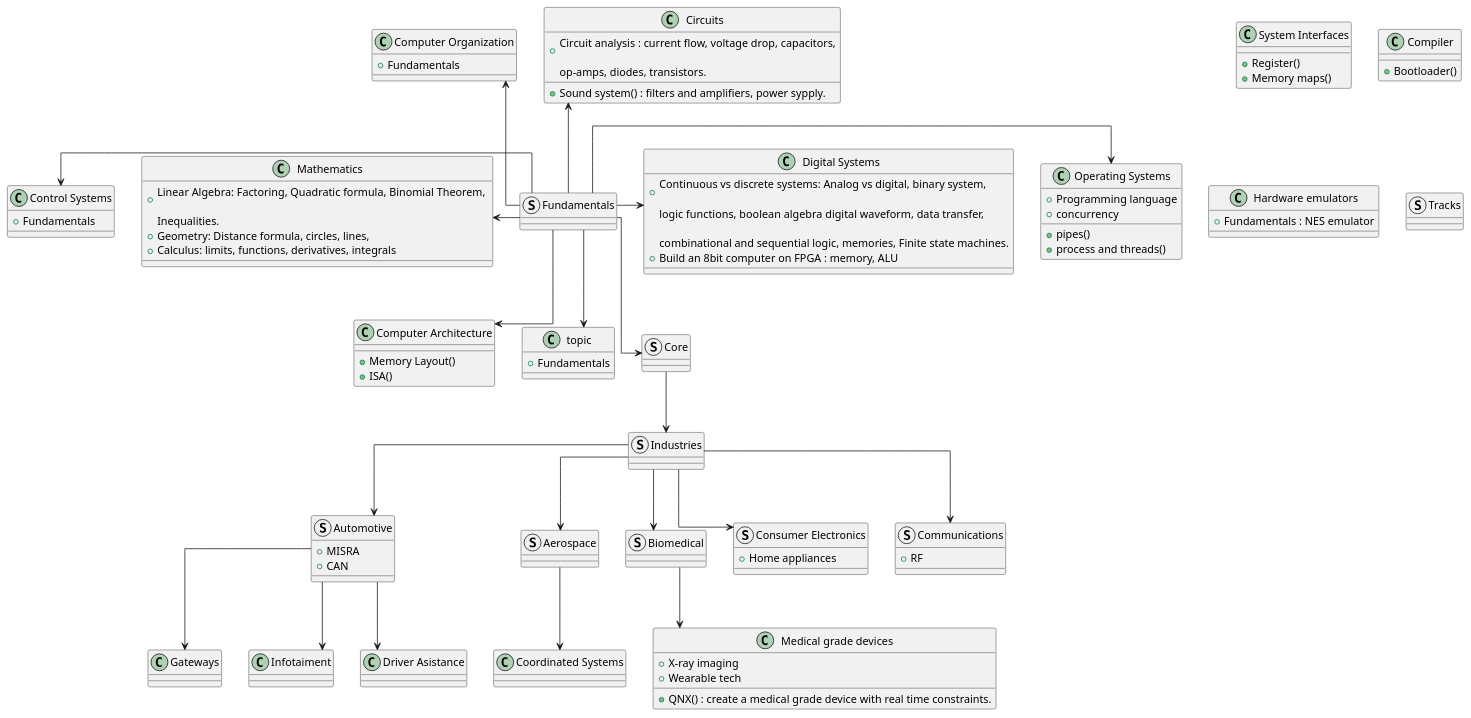
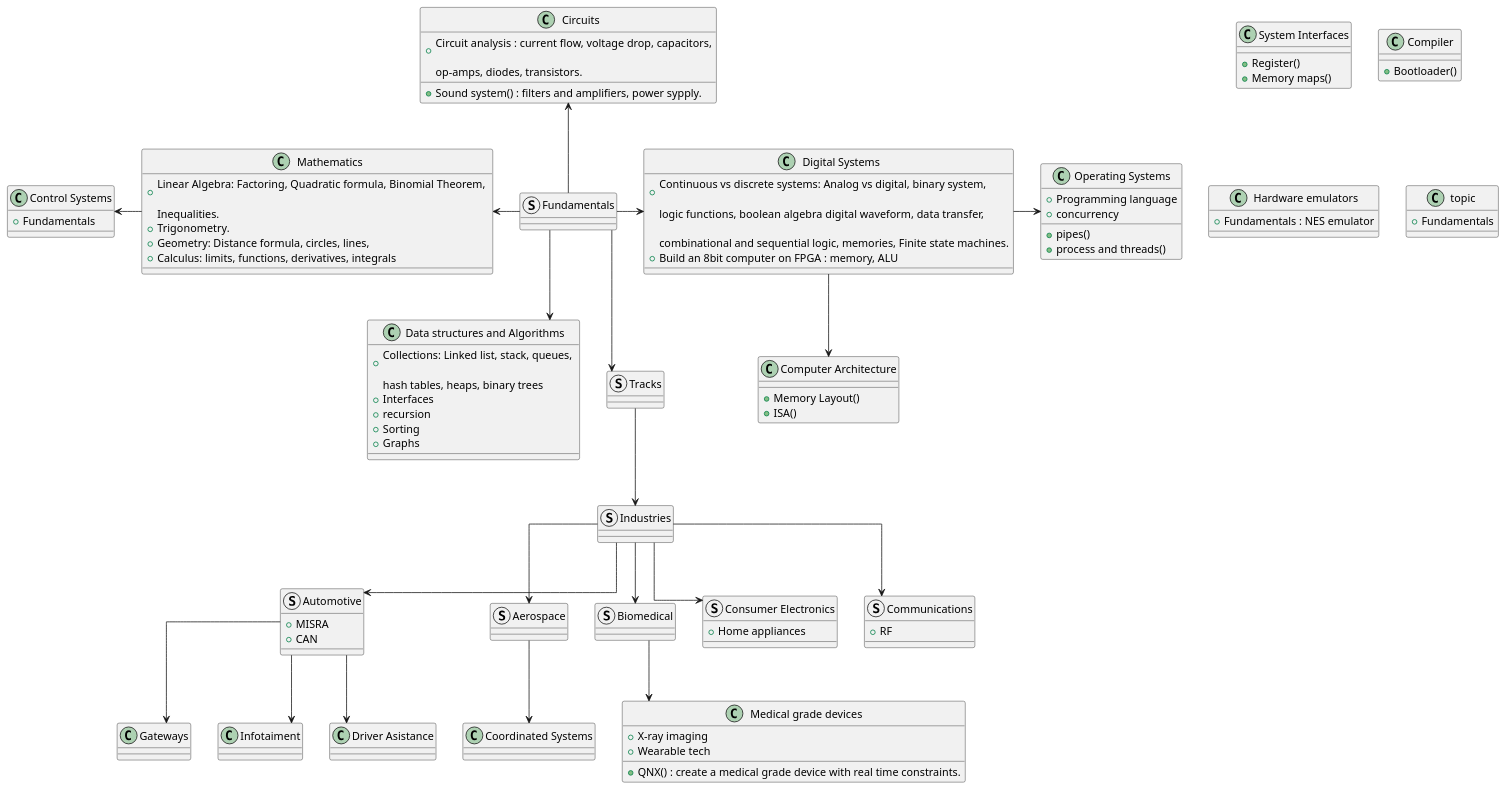
One commit to Killerpug/Embedded-Developer-Roadmap changed the diagram in src/roadmap_overview.md. Above: the diagram before and after it, drawn with PlantUML. The commit also changed other lines of this file and 7 other files, not shown here.

```diff
--- a/src/roadmap_overview.md
+++ b/src/roadmap_overview.md
@@ -9,12 +10,21 @@
 
 }
 
+class "Data structures and Algorithms" as data_algo {
+  + Collections: Linked list, stack, queues, \n
+   hash tables, heaps, binary trees
+  + Interfaces
+  + recursion
+  + Sorting
+  + Graphs
+}
 
 class "Mathematics" as math {
-   + Linear Algebra: Factoring, Quadratic formula, Binomial Theorem, \n
-   Inequalities.
-   + Geometry: Distance formula, circles, lines,
-   + Calculus: limits, functions, derivatives, integrals
+  + Linear Algebra: Factoring, Quadratic formula, Binomial Theorem, \n
+    Inequalities.
+  + Trigonometry.
+  + Geometry: Distance formula, circles, lines,
+  + Calculus: limits, functions, derivatives, integrals
 
 }
 
@@ -31,14 +41,10 @@
 
 }
 
-class "Computer Organization" as computer_org {
-  + Fundamentals
-
-}
 
 class "Computer Architecture" as comp_arch {
-   + Memory Layout()
-   + ISA()
+  + Memory Layout()
+  + ISA()
 }
 
 class "Operating Systems" as os {
@@ -61,18 +67,18 @@
 }
 
 Fundamentals -u-> circuits
-Fundamentals -r-> os
+
 Fundamentals -l-> math
-Fundamentals -l-> control_sys
 Fundamentals -r-> digital_sys
-Fundamentals -u-> computer_org
-Fundamentals --> comp_arch
-Fundamentals --> topic
+Fundamentals --> data_algo
+digital_sys -r-> os
+digital_sys --> comp_arch
+math -l-> control_sys
 
-struct Core {
+struct "Tracks" as Tracks {
 
 }
-Fundamentals --> Core
+Fundamentals -d-> Tracks
 
 class "Compiler" as compiler {
   + Bootloader()
@@ -84,10 +90,6 @@
 
 }
 
-
-struct Tracks {
-
-}
 
 class "topic " as topic {
   + Fundamentals
@@ -152,7 +154,7 @@
    + RF
 }
 
-Core --> Industries
+Tracks -d-> Industries
 Industries --> Automotive
 Industries --> Aerospace
 Industries --> Biomedical
```
